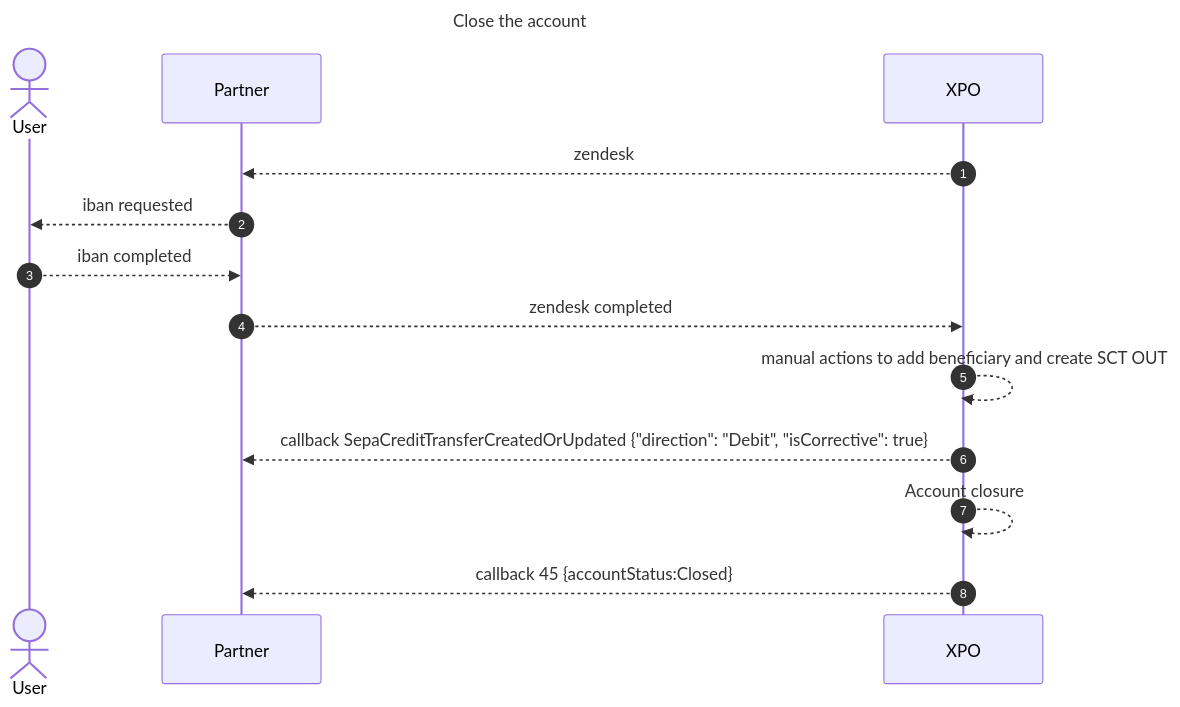
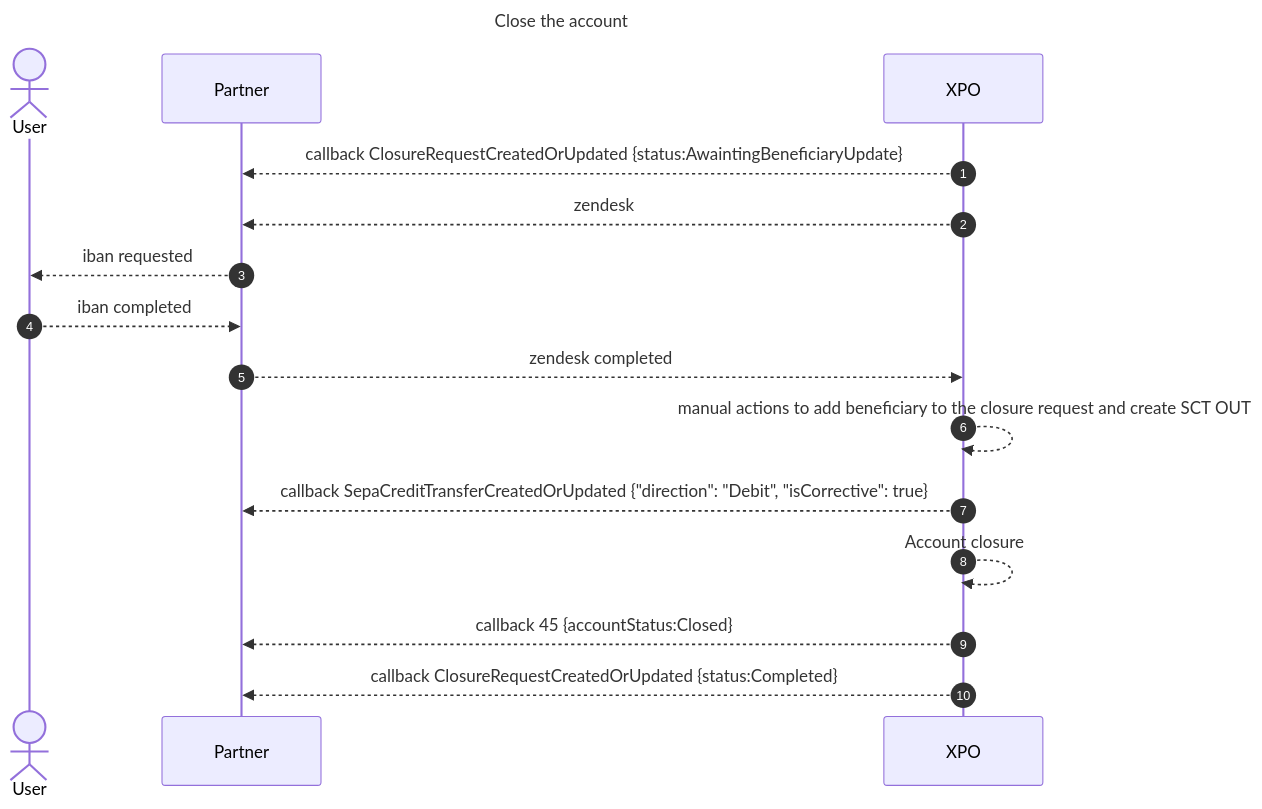
One commit to pomme-clic/s-money-documentation changed the fourth of 5 diagrams in docs/usecases/accounts/AccountClosure-v2.md. Above: the diagram before and after it, drawn with Mermaid. The commit also changed other lines of this file, not shown here.

````diff
--- a/docs/usecases/accounts/AccountClosure-v2.md
+++ b/docs/usecases/accounts/AccountClosure-v2.md
@@ -142,23 +129,24 @@
 ```mermaid
 sequenceDiagram
 Title: Close the account
 autoNumber
 Actor User
 Participant Partner
 Participant XPO
 
+XPO -->> Partner: callback ClosureRequestCreatedOrUpdated {status:AwaintingBeneficiaryUpdate}
 
 XPO -->> Partner: zendesk
 Partner  -->> User: iban requested
 User -->> Partner : iban completed
 Partner -->> XPO: zendesk completed
 
-XPO -->> XPO: manual actions to add beneficiary and create SCT OUT
+XPO -->> XPO: manual actions to add beneficiary to the closure request and create SCT OUT
 
 XPO -->> Partner: callback SepaCreditTransferCreatedOrUpdated {"direction": "Debit", "isCorrective": true}
 
 XPO -->> XPO: Account closure
 XPO -->> Partner: callback 45 {accountStatus:Closed}
-
+XPO -->> Partner: callback ClosureRequestCreatedOrUpdated {status:Completed}
 
 ```
````
